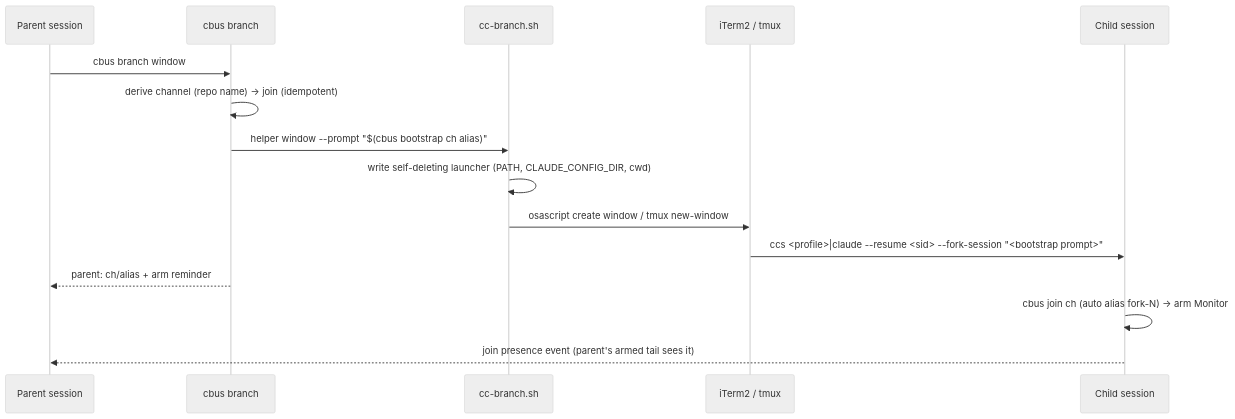
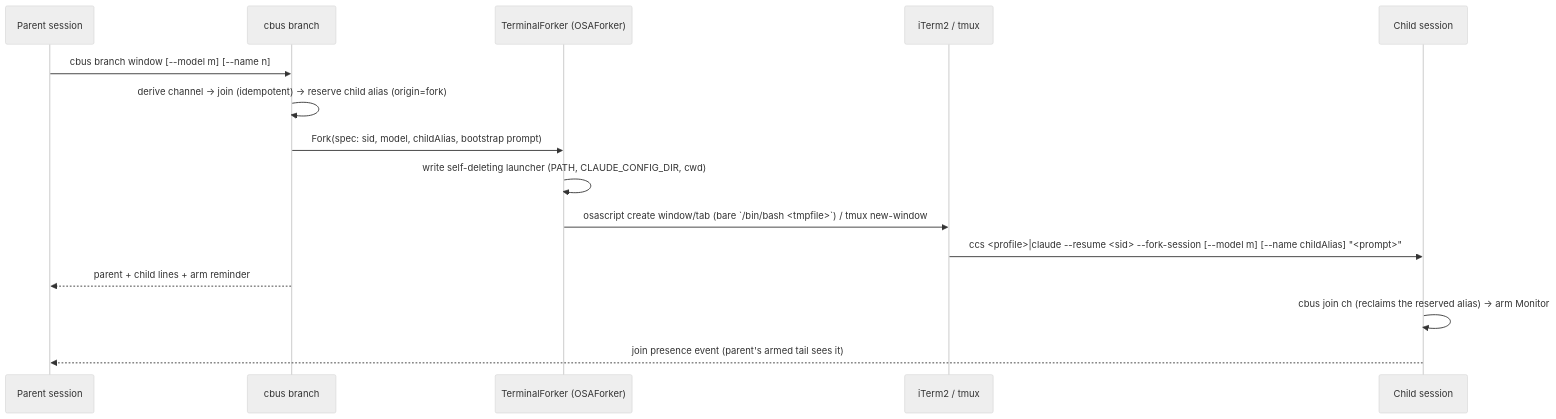
Before and after one commit to cumanzor/claudebus: the fifth of 5 diagrams in docs/architecture/command-reference.md, drawn with Mermaid (neutral theme). The commit also changed other lines of this file, not shown here.

````diff
--- a/docs/architecture/command-reference.md
+++ b/docs/architecture/command-reference.md
@@ -898,17 +949,17 @@
 ```mermaid
 sequenceDiagram
     participant P as Parent session
     participant C as cbus branch
-    participant H as cc-branch.sh
+    participant F as TerminalForker (OSAForker)
     participant T as iTerm2 / tmux
     participant K as Child session
-    P->>C: cbus branch window
-    C->>C: derive channel (repo name) → join (idempotent)
-    C->>H: helper window --prompt "$(cbus bootstrap ch alias)"
-    H->>H: write self-deleting launcher (PATH, CLAUDE_CONFIG_DIR, cwd)
-    H->>T: osascript create window / tmux new-window
-    T->>K: ccs <profile>|claude --resume <sid> --fork-session "<bootstrap prompt>"
-    C-->>P: parent: ch/alias + arm reminder
-    K->>K: cbus join ch (auto alias fork-N) → arm Monitor
+    P->>C: cbus branch window [--model m] [--name n]
+    C->>C: derive channel → join (idempotent) → reserve child alias (origin=fork)
+    C->>F: Fork(spec: sid, model, childAlias, bootstrap prompt)
+    F->>F: write self-deleting launcher (PATH, CLAUDE_CONFIG_DIR, cwd)
+    F->>T: osascript create window/tab (bare `/bin/bash <tmpfile>`) / tmux new-window
+    T->>K: ccs <profile>|claude --resume <sid> --fork-session [--model m] [--name childAlias] "<prompt>"
+    C-->>P: parent + child lines + arm reminder
+    K->>K: cbus join ch (reclaims the reserved alias) → arm Monitor
     K-->>P: join presence event (parent's armed tail sees it)
 ```
````
